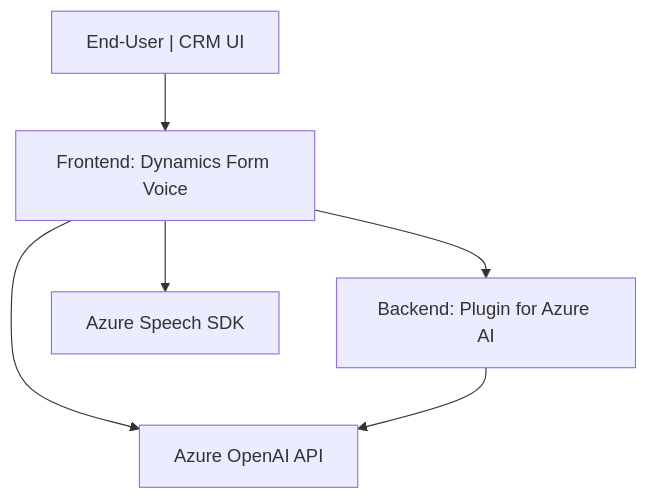
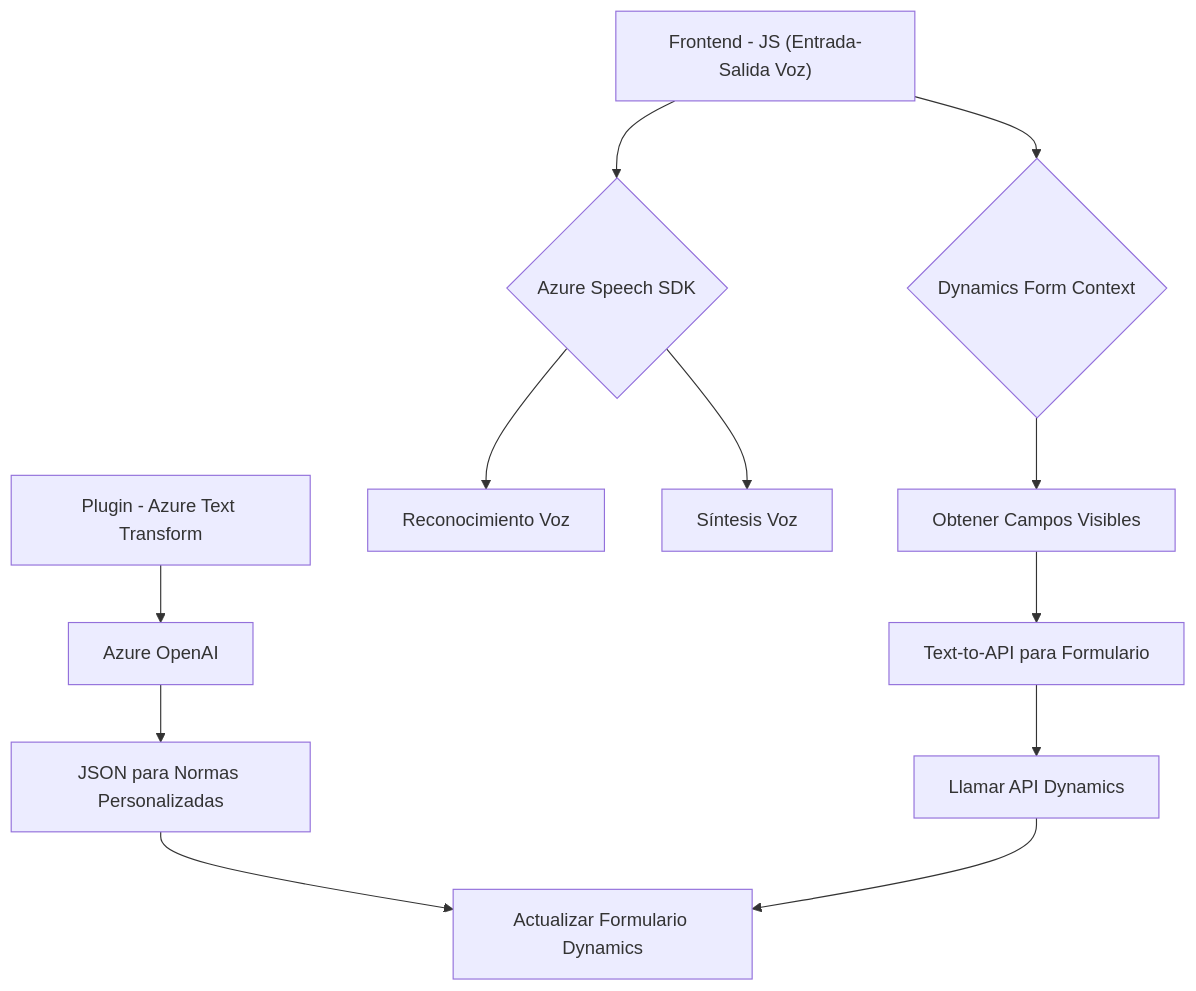
One commit to blopezdm/NETCORE_BILBAO2025 changed the diagram in README.md. Above: the diagram before and after it, drawn with Mermaid. The commit also changed other lines of this file, not shown here.

Commit message:
Actualizar análisis global de la solución con IA

````diff
--- a/README.md
+++ b/README.md
@@ -41,14 +45,18 @@
 ```mermaid
 graph TD
-    A["Frontend: Dynamics Form Voice"]
-    B["Backend: Plugin for Azure AI"]
-    C["Azure Speech SDK"]
-    D["Azure OpenAI API"]
-    E["End-User | CRM UI"]
+    A["Frontend - JS (Entrada-Salida Voz)"] --> B{"Azure Speech SDK"}
+    A --> D{"Dynamics Form Context"}
+    D --> G["Obtener Campos Visibles"]
 
-    E --> A
-    A --> C
-    A --> D
-    A --> B
-    B --> D
+    B --> E["Reconocimiento Voz"]
+    B --> F["Síntesis Voz"]
+
+    G --> H["Text-to-API para Formulario"]
+    H --> I["Llamar API Dynamics"]
+
+    C["Plugin - Azure Text Transform"] --> J["Azure OpenAI"]
+    J --> K["JSON para Normas Personalizadas"]
+    K --> L["Actualizar Formulario Dynamics"]
+
+    I --> L
 ```
````
